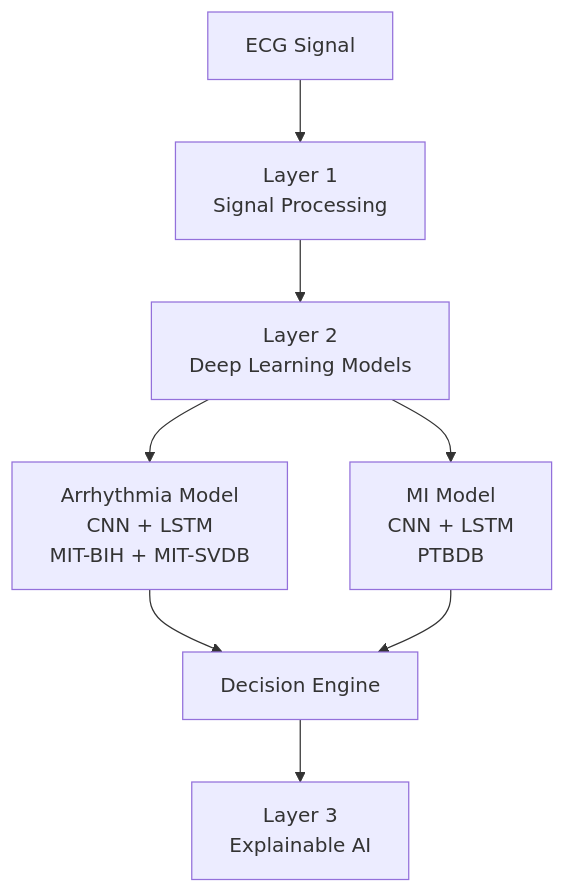
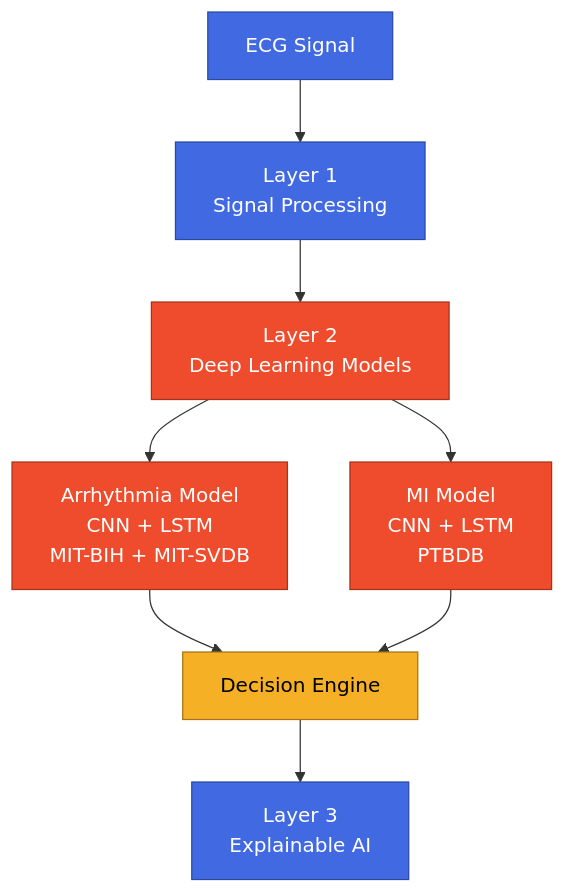
One commit to hamim0047/CardiShirt changed the third of 4 diagrams in README.md. Above: the diagram before and after it, drawn with Mermaid. The commit also changed other lines of this file, not shown here.

````diff
--- a/README.md
+++ b/README.md
@@ -169,13 +182,21 @@
 ```mermaid
 flowchart TD
     Signal[ECG Signal] --> L1["Layer 1<br/>Signal Processing"]
     L1 --> L2["Layer 2<br/>Deep Learning Models"]
 
     L2 --> Arr["Arrhythmia Model<br/>CNN + LSTM<br/>MIT-BIH + MIT-SVDB"]
     L2 --> MI["MI Model<br/>CNN + LSTM<br/>PTBDB"]
 
     Arr --> DE[Decision Engine]
     MI --> DE
 
     DE --> L3["Layer 3<br/>Explainable AI"]
+
+    classDef stage fill:#4169e1,stroke:#2a4aa8,color:#fff
+    classDef model fill:#ee4c2c,stroke:#a8331d,color:#fff
+    classDef decide fill:#f6b026,stroke:#a87218,color:#000
+
+    class Signal,L1,L3 stage
+    class L2,Arr,MI model
+    class DE decide
 ```
````
